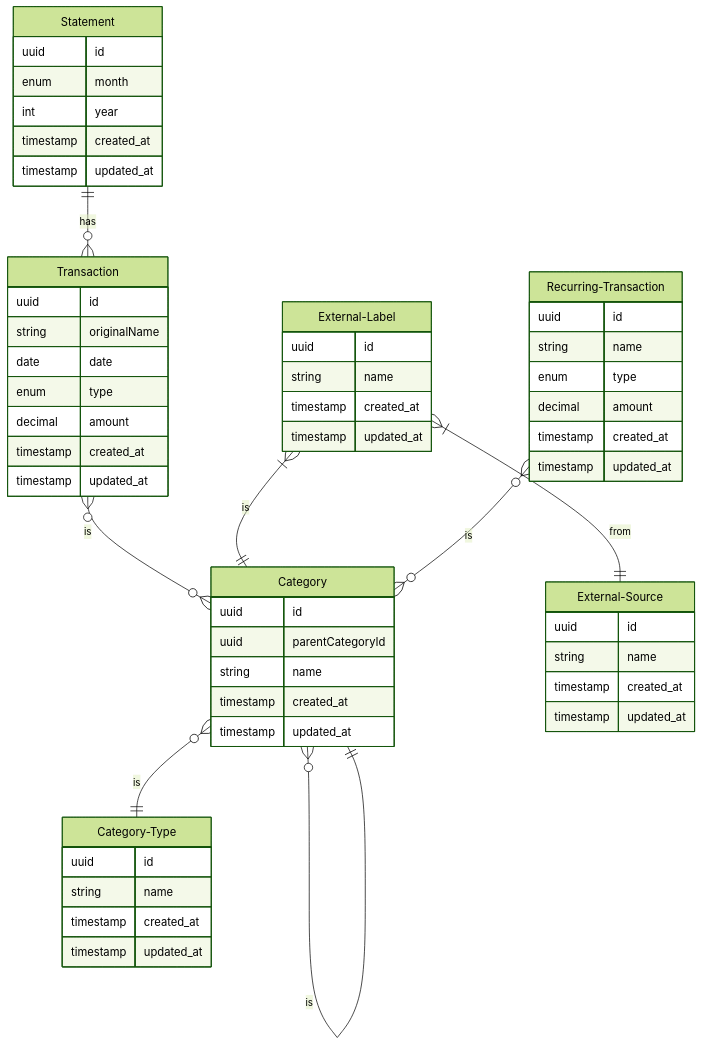
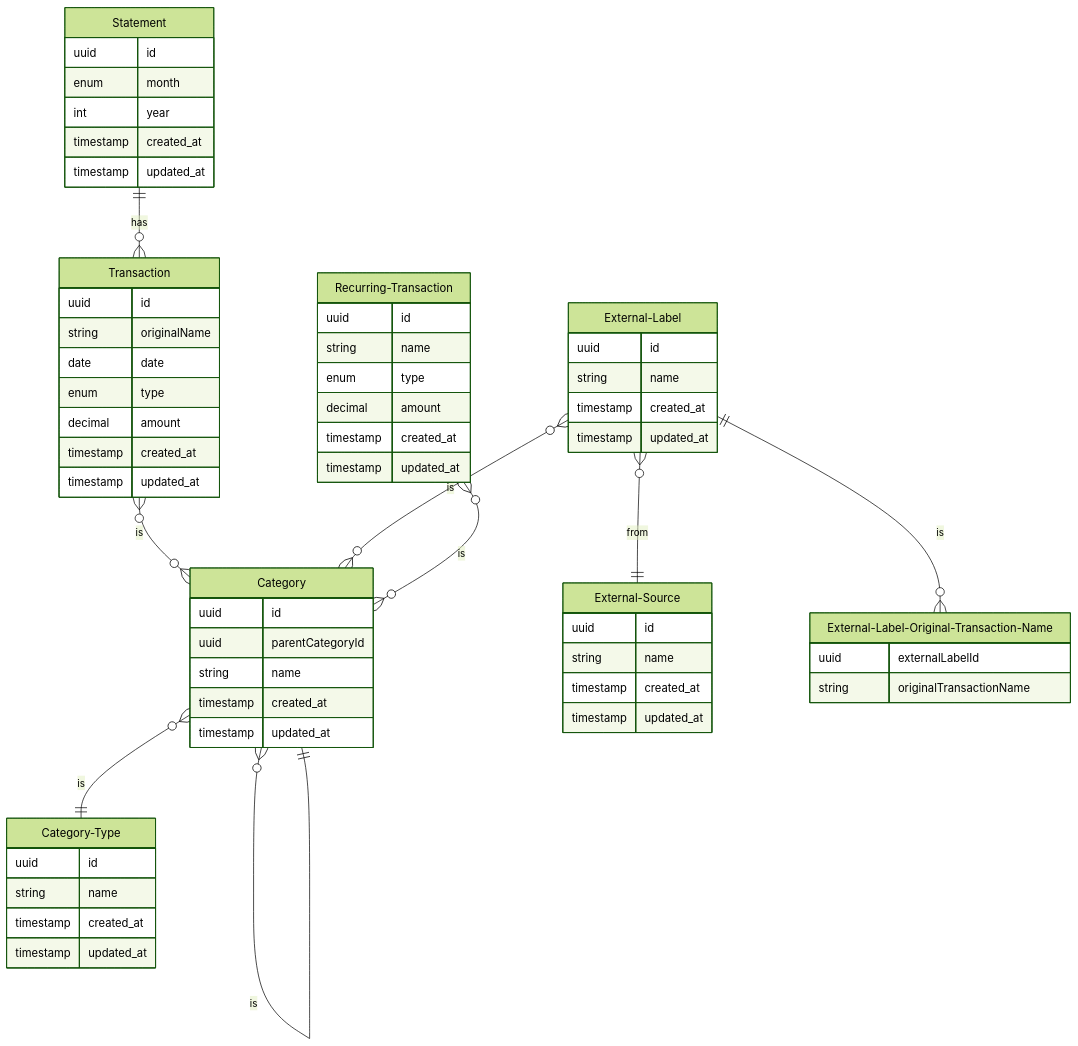
The diagram in README.md (Arclights/finance-overview), drawn with Mermaid (forest theme) before and after one commit. The commit also changed 26 other files, not shown here.

Commit message:
SAS Eurobonus import

````diff
--- a/README.md
+++ b/README.md
@@ -2,5 +2,6 @@
 ```mermaid
 erDiagram
+    %% All the transactions occurring in a month
     Statement{
         uuid id
         enum month
@@ -9,9 +10,11 @@
         timestamp updated_at
     }
     
+    %% A transaction coupled to a statement. Containing the amount and when it happened
     Transaction{
         uuid id
-        string originalName
+        %% original name of the transaction. Probably from the external source. Ex. Mathem12342
+        string originalName  
         date date
         enum type
         decimal amount
@@ -19,6 +22,7 @@
         timestamp updated_at
     }
     
+    %% The type of a category. Ex. Person, Expense type, etc
     Category-Type{
         uuid id
         string name
@@ -26,6 +30,7 @@
         timestamp updated_at
     }
     
+    %% Transaction category. Ex. Shopping (hem). Could be tied to another parent category, Ex. Shopping
     Category{
         uuid id
         uuid parentCategoryId
@@ -34,18 +39,25 @@
         timestamp updated_at
     }
     
+    %% Ex. SAS Eurobonus Mastercard
     External-Source{
         uuid id
         string name
         timestamp created_at
         timestamp updated_at
     }
-    
+
+    %% A label of a transaction from an external source. Ex. Mathem
     External-Label{
         uuid id
         string name
         timestamp created_at
         timestamp updated_at
+    }
+    
+    External-Label-Original-Transaction-Name{
+        uuid externalLabelId
+        string originalTransactionName
     }
     
     Recurring-Transaction{
@@ -64,8 +76,10 @@
     Category }o--|| Category-Type : is
     Category }o--|| Category : is
     
-    External-Label }|--|| External-Source : from
-    External-Label }|--|| Category : is
+    External-Label }o--|| External-Source : from
+    External-Label }o--o{ Category : is
+    
+    External-Label ||--o{ External-Label-Original-Transaction-Name : is
     
     Recurring-Transaction }o--o{ Category : is
 ```
````
